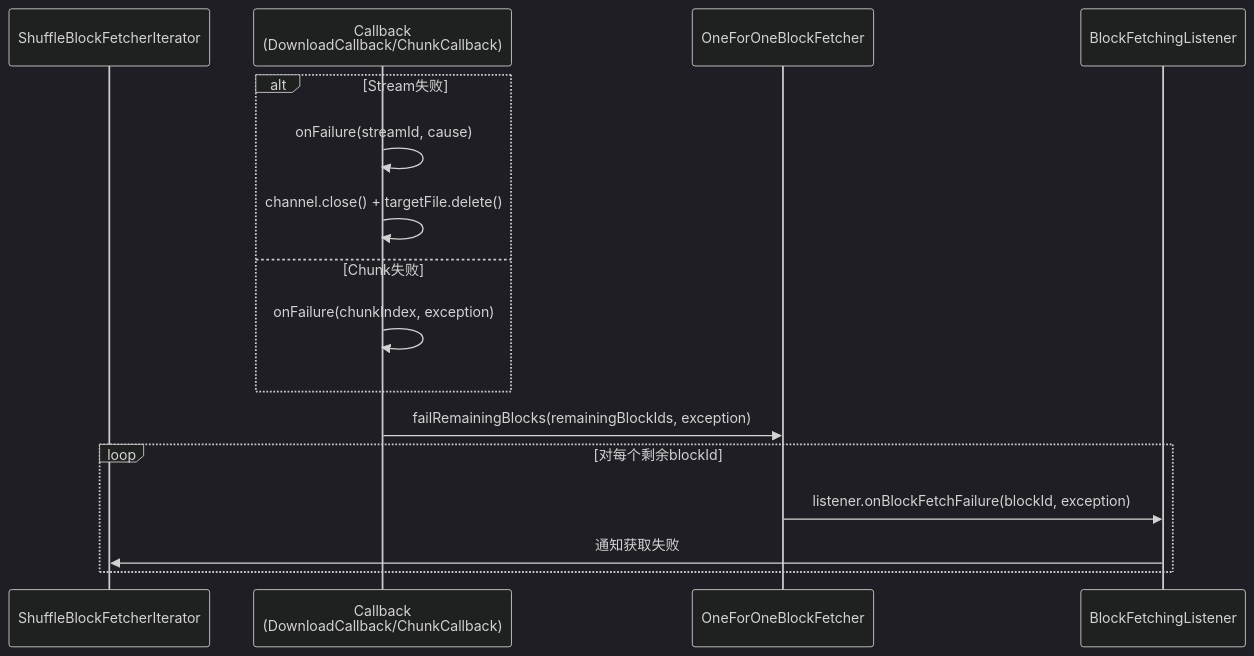
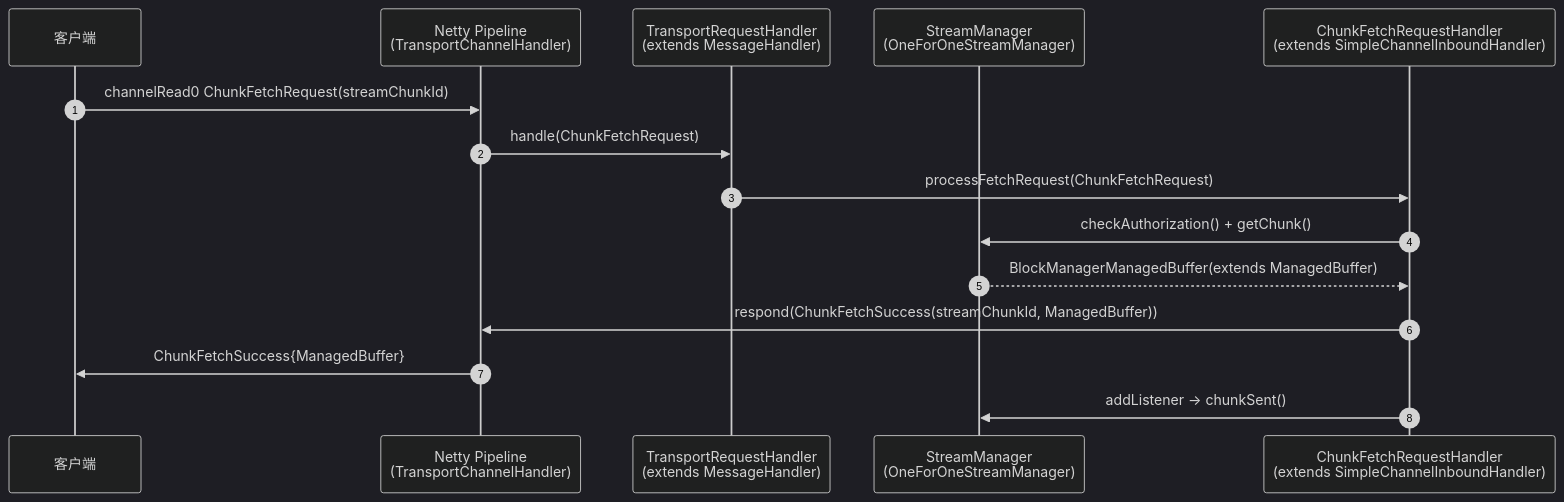
Before and after one commit to juntaozhang/juntaozhang.github.io: diagram 11 of 15 in spark/spark3.3.1/task_execution.md, drawn with Mermaid (dark theme). The commit also changed other lines of this file and 2 other files, not shown here.

Commit message:
[spark] deepdive in spark memory & shuffle

````diff
--- a/spark/spark3.3.1/task_execution.md
+++ b/spark/spark3.3.1/task_execution.md
@@ -767,21 +810,18 @@
 ```mermaid
-sequenceDiagram
-    participant SBFI as ShuffleBlockFetcherIterator
-    participant CB as Callback<br/>(DownloadCallback/ChunkCallback)
-    participant OOFBF as OneForOneBlockFetcher
-    participant BFL as BlockFetchingListener
-
-    alt Stream失败
-        CB->>CB: onFailure(streamId, cause)
-        CB->>CB: channel.close() + targetFile.delete()
-    else Chunk失败
-        CB->>CB: onFailure(chunkIndex, exception)
-    end
-
-    CB->>OOFBF: failRemainingBlocks(remainingBlockIds, exception)
-
-    loop 对每个剩余blockId
-        OOFBF->>BFL: listener.onBlockFetchFailure(blockId, exception)
-        BFL->>SBFI: 通知获取失败
-    end
+  sequenceDiagram
+    autonumber
+    participant Client as 客户端
+    participant Pipeline as Netty Pipeline<br/>(TransportChannelHandler)
+    participant TRH as TransportRequestHandler<br/>(extends MessageHandler)
+    participant SCM as StreamManager<br/>(OneForOneStreamManager)
+    participant ChunkHandler as ChunkFetchRequestHandler<br/>(extends SimpleChannelInboundHandler)
+    
+    Client->>Pipeline: channelRead0 ChunkFetchRequest(streamChunkId)
+    Pipeline->>TRH: handle(ChunkFetchRequest)
+    TRH->>ChunkHandler: processFetchRequest(ChunkFetchRequest)
+    ChunkHandler->>SCM: checkAuthorization() + getChunk()
+    SCM-->>ChunkHandler: BlockManagerManagedBuffer(extends ManagedBuffer)
+    ChunkHandler->>Pipeline: respond(ChunkFetchSuccess(streamChunkId, ManagedBuffer))
+    Pipeline->>Client: ChunkFetchSuccess{ManagedBuffer}
+    ChunkHandler->>SCM: addListener -> chunkSent()
 ```
````
